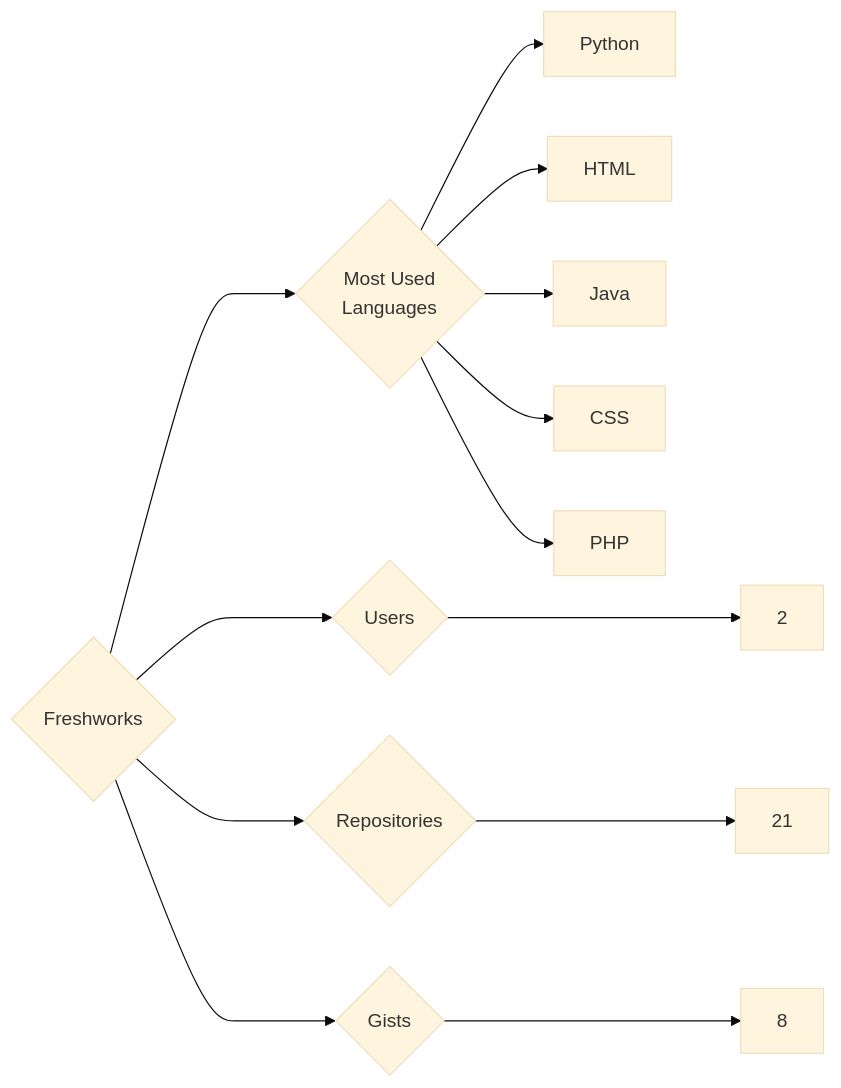
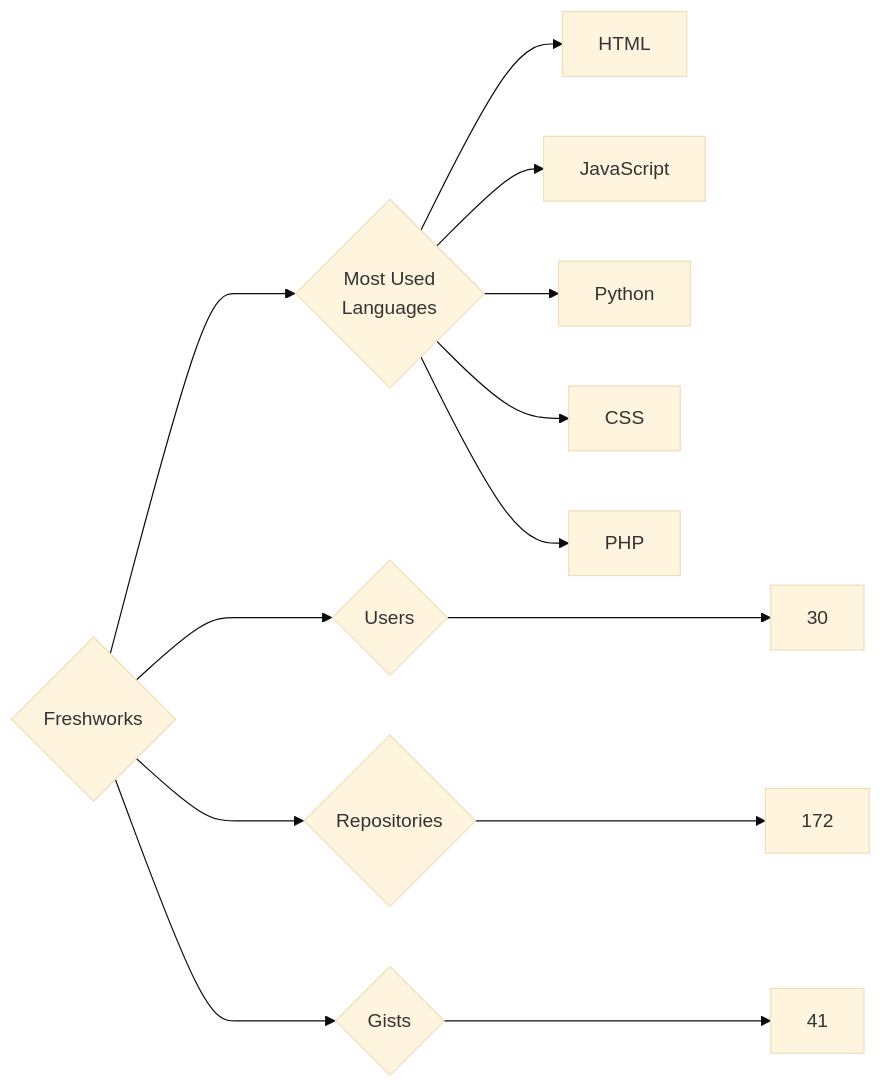
Before and after one commit to trickest/insiders: the diagram in targets/Freshworks/README.md, drawn with Mermaid (base theme). The commit also changed 657 other files, not shown here.

````diff
--- a/targets/Freshworks/README.md
+++ b/targets/Freshworks/README.md
@@ -3,13 +3,13 @@
 ```mermaid
 graph LR
 COMPANY_NAME{Freshworks}
-COMPANY_NAME ---> U{Users} ---> UN[2]
-COMPANY_NAME ---> R{Repositories} ---> RN[21]
-COMPANY_NAME ---> G{Gists} ---> GN[8]
+COMPANY_NAME ---> U{Users} ---> UN[30]
+COMPANY_NAME ---> R{Repositories} ---> RN[172]
+COMPANY_NAME ---> G{Gists} ---> GN[41]
 COMPANY_NAME ---> ML{Most Used<br>Languages}
+ML --> HTML[HTML]
+ML --> JavaScript[JavaScript]
 ML --> Python[Python]
-ML --> HTML[HTML]
-ML --> Java[Java]
 ML --> CSS[CSS]
 ML --> PHP[PHP]
 ```
````
